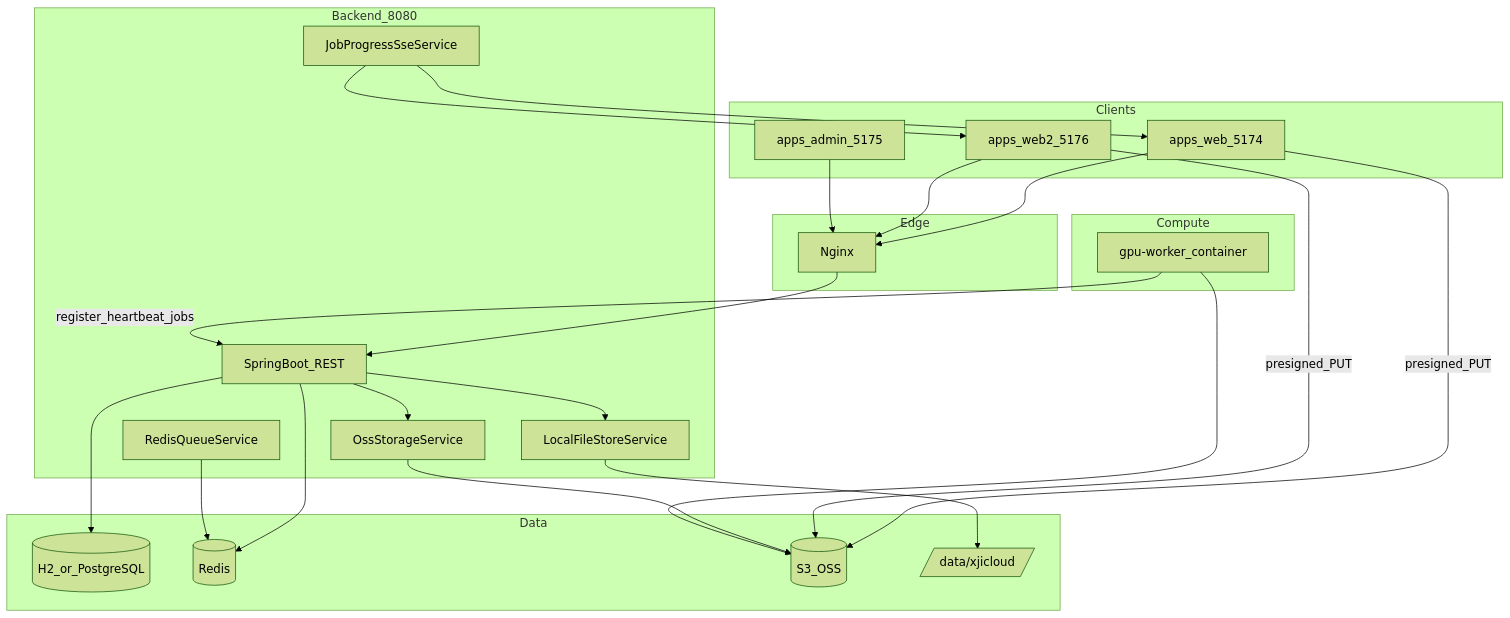
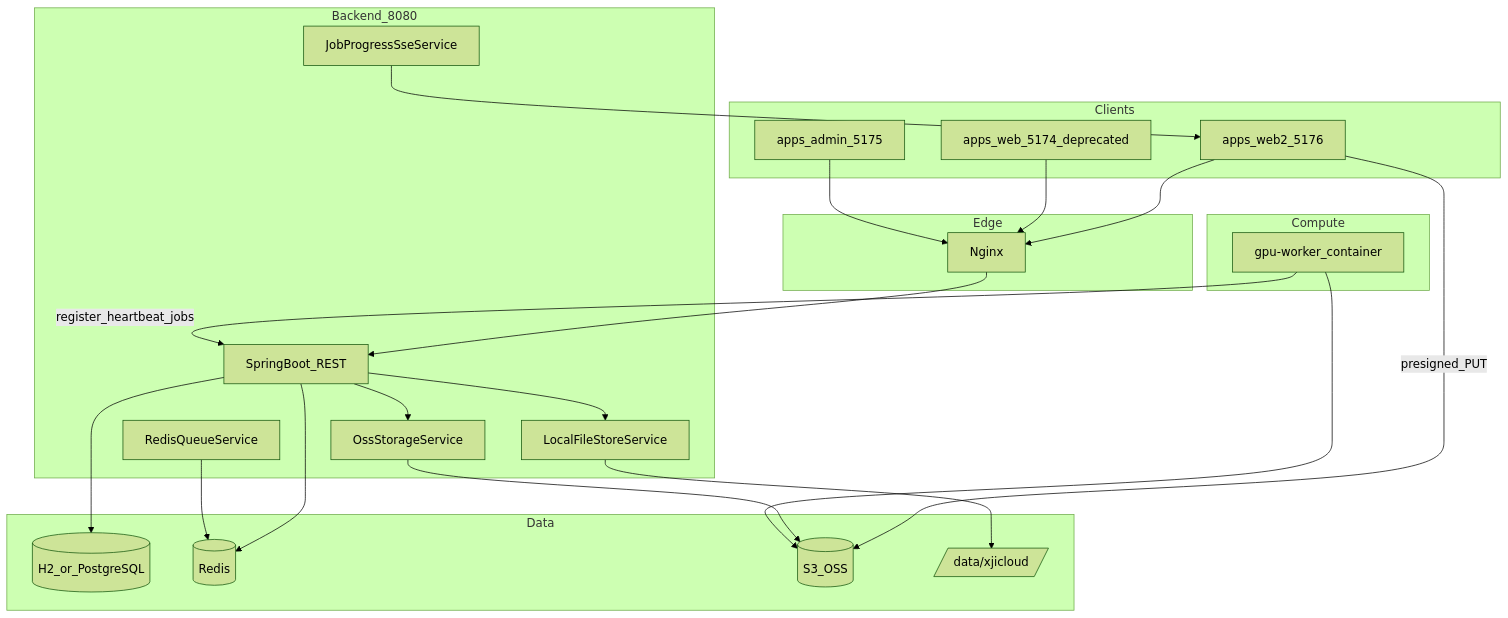
Before and after one commit to XJI1234/XJICloud: the diagram in docs/AGENT_CONTEXT.md, drawn with Mermaid (forest theme). The commit also changed other lines of this file and 18 other files, not shown here.

````diff
--- a/docs/AGENT_CONTEXT.md
+++ b/docs/AGENT_CONTEXT.md
@@ -48,47 +48,45 @@
 ```mermaid
 flowchart TB
   subgraph clients [Clients]
-    UserFE[apps_web_5174]
-    Web2FE[apps_web2_5176]
+    UserFE[apps_web2_5176]
+    LegacyFE[apps_web_5174_deprecated]
     AdminFE[apps_admin_5175]
   end
 
   subgraph edge [Edge]
     Nginx[Nginx]
   end
 
   subgraph core [Backend_8080]
     API[SpringBoot_REST]
     SSE[JobProgressSseService]
     Queue[RedisQueueService]
     OSSSvc[OssStorageService]
     LocalStore[LocalFileStoreService]
   end
 
   subgraph data [Data]
     PG[(H2_or_PostgreSQL)]
     Redis[(Redis)]
     OSS[(S3_OSS)]
     Disk[/data/xjicloud/]
   end
 
   subgraph compute [Compute]
     Worker[gpu-worker_container]
   end
 
   UserFE --> Nginx
-  Web2FE --> Nginx
+  LegacyFE --> Nginx
   AdminFE --> Nginx
   Nginx --> API
   UserFE -->|presigned_PUT| OSS
-  Web2FE -->|presigned_PUT| OSS
   API --> PG
   API --> Redis
   API --> OSSSvc --> OSS
   API --> LocalStore --> Disk
   SSE --> UserFE
-  SSE --> Web2FE
   Queue --> Redis
   Worker -->|register_heartbeat_jobs| API
   Worker --> OSS
 ```
````
